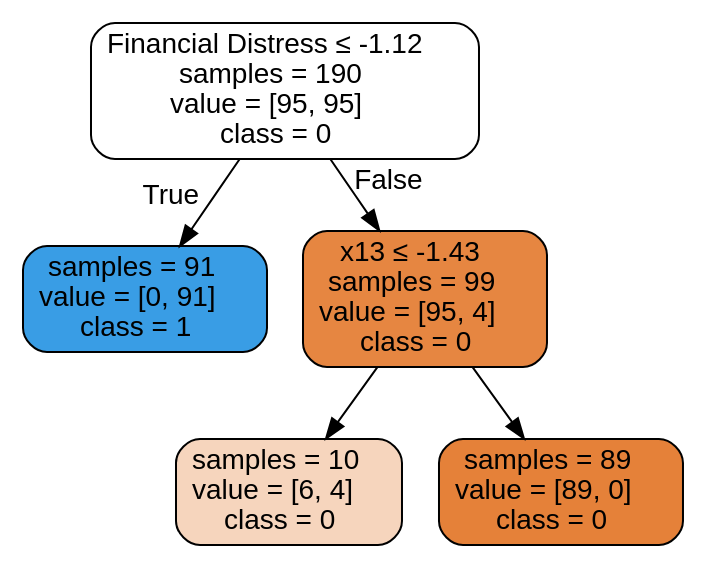
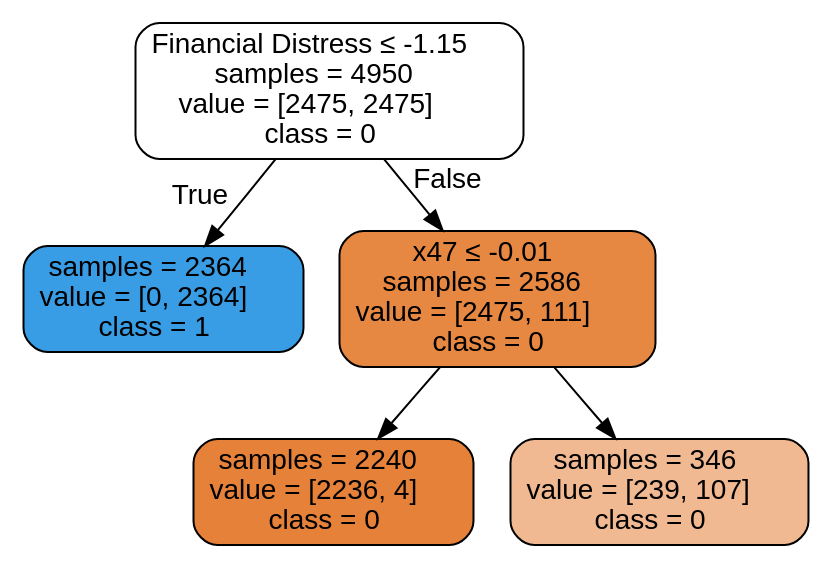
The diagram in Projeto/Modeling/Decision Tree Financial/Financial_dt_accuracy_best_tree.dot (freshblaxx/DataScience), drawn with Graphviz before and after one commit. The commit also changed 59 other files, not shown here.

```diff
--- a/Projeto/Modeling/Decision Tree Financial/Financial_dt_accuracy_best_tree.dot
+++ b/Projeto/Modeling/Decision Tree Financial/Financial_dt_accuracy_best_tree.dot
@@ -1,13 +1,13 @@
 digraph Tree {
 node [shape=box, style="filled, rounded", color="black", fontname="helvetica"] ;
 edge [fontname="helvetica"] ;
-0 [label=<Financial Distress &le; -1.12<br/>samples = 190<br/>value = [95, 95]<br/>class = 0>, fillcolor="#ffffff"] ;
-1 [label=<samples = 91<br/>value = [0, 91]<br/>class = 1>, fillcolor="#399de5"] ;
+0 [label=<Financial Distress &le; -1.15<br/>samples = 4950<br/>value = [2475, 2475]<br/>class = 0>, fillcolor="#ffffff"] ;
+1 [label=<samples = 2364<br/>value = [0, 2364]<br/>class = 1>, fillcolor="#399de5"] ;
 0 -> 1 [labeldistance=2.5, labelangle=45, headlabel="True"] ;
-2 [label=<x13 &le; -1.43<br/>samples = 99<br/>value = [95, 4]<br/>class = 0>, fillcolor="#e68641"] ;
+2 [label=<x47 &le; -0.01<br/>samples = 2586<br/>value = [2475, 111]<br/>class = 0>, fillcolor="#e68742"] ;
 0 -> 2 [labeldistance=2.5, labelangle=-45, headlabel="False"] ;
-3 [label=<samples = 10<br/>value = [6, 4]<br/>class = 0>, fillcolor="#f6d5bd"] ;
+3 [label=<samples = 2240<br/>value = [2236, 4]<br/>class = 0>, fillcolor="#e58139"] ;
 2 -> 3 ;
-4 [label=<samples = 89<br/>value = [89, 0]<br/>class = 0>, fillcolor="#e58139"] ;
+4 [label=<samples = 346<br/>value = [239, 107]<br/>class = 0>, fillcolor="#f1b992"] ;
 2 -> 4 ;
 }
```
